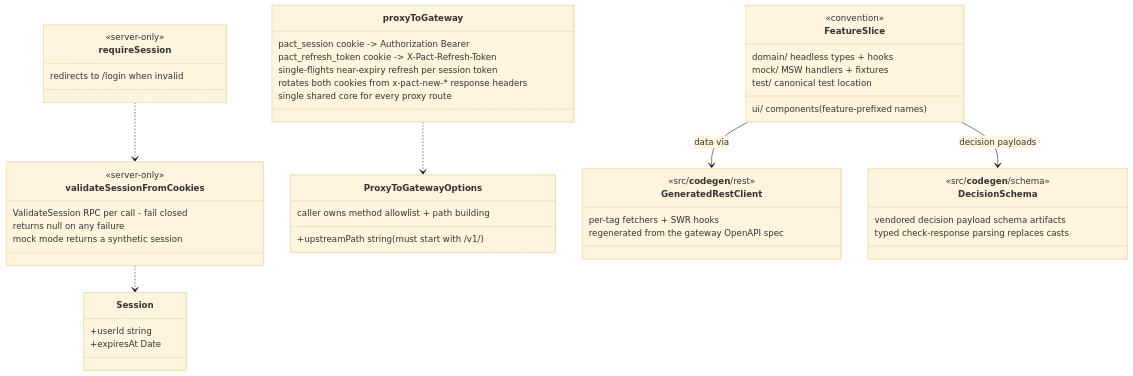
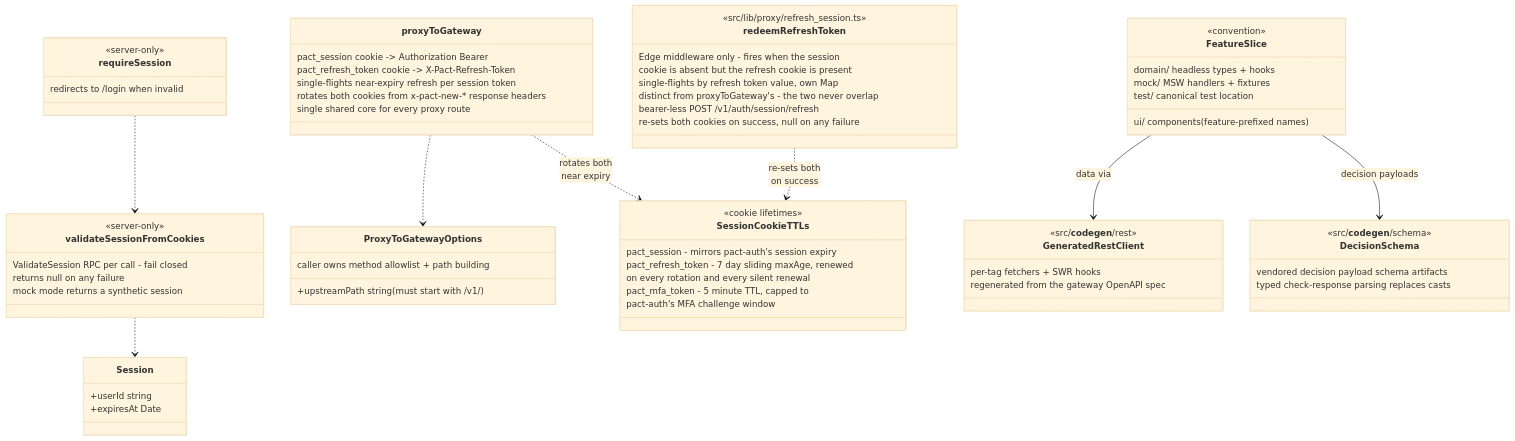
Before and after one commit to PACT-Toolkit/pact-web: the second of 12 diagrams in docs/architecture.md, drawn with Mermaid (base theme). The commit also changed other lines of this file and 1 other file, not shown here.

Commit message:
📝 align architecture diagrams with current auth and session flows (#184)

````diff
--- a/docs/architecture.md
+++ b/docs/architecture.md
@@ -47,51 +46,70 @@
 ```mermaid
 classDiagram
     class Session {
         +userId string
         +expiresAt Date
     }
     class requireSession {
         <<server-only>>
         redirects to /login when invalid
     }
     class validateSessionFromCookies {
         <<server-only>>
         ValidateSession RPC per call - fail closed
         returns null on any failure
         mock mode returns a synthetic session
     }
     class ProxyToGatewayOptions {
         +upstreamPath string (must start with /v1/)
         caller owns method allowlist + path building
     }
     class proxyToGateway {
         pact_session cookie -> Authorization Bearer
         pact_refresh_token cookie -> X-Pact-Refresh-Token
         single-flights near-expiry refresh per session token
         rotates both cookies from x-pact-new-* response headers
         single shared core for every proxy route
     }
+    class redeemRefreshToken {
+        <<src/lib/proxy/refresh_session.ts>>
+        Edge middleware only - fires when the session
+        cookie is absent but the refresh cookie is present
+        single-flights by refresh token value, own Map
+        distinct from proxyToGateway's - the two never overlap
+        bearer-less POST /v1/auth/session/refresh
+        re-sets both cookies on success, null on any failure
+    }
+    class SessionCookieTTLs {
+        <<cookie lifetimes>>
+        pact_session - mirrors pact-auth's session expiry
+        pact_refresh_token - 7 day sliding maxAge, renewed
+        on every rotation and every silent renewal
+        pact_mfa_token - 5 minute TTL, capped to
+        pact-auth's MFA challenge window
+    }
     class FeatureSlice {
         <<convention>>
         domain/ headless types + hooks
         ui/ components (feature-prefixed names)
         mock/ MSW handlers + fixtures
         test/ canonical test location
     }
     class GeneratedRestClient {
         <<src/__codegen__/rest>>
         per-tag fetchers + SWR hooks
         regenerated from the gateway OpenAPI spec
     }
     class DecisionSchema {
         <<src/__codegen__/schema>>
         vendored decision payload schema artifacts
         typed check-response parsing replaces casts
     }
 
     requireSession ..> validateSessionFromCookies
     validateSessionFromCookies ..> Session
     proxyToGateway ..> ProxyToGatewayOptions
+    proxyToGateway ..> SessionCookieTTLs : rotates both<br/>near expiry
+    redeemRefreshToken ..> SessionCookieTTLs : re-sets both<br/>on success
     FeatureSlice --> GeneratedRestClient : data via
     FeatureSlice --> DecisionSchema : decision payloads
 ```
````
